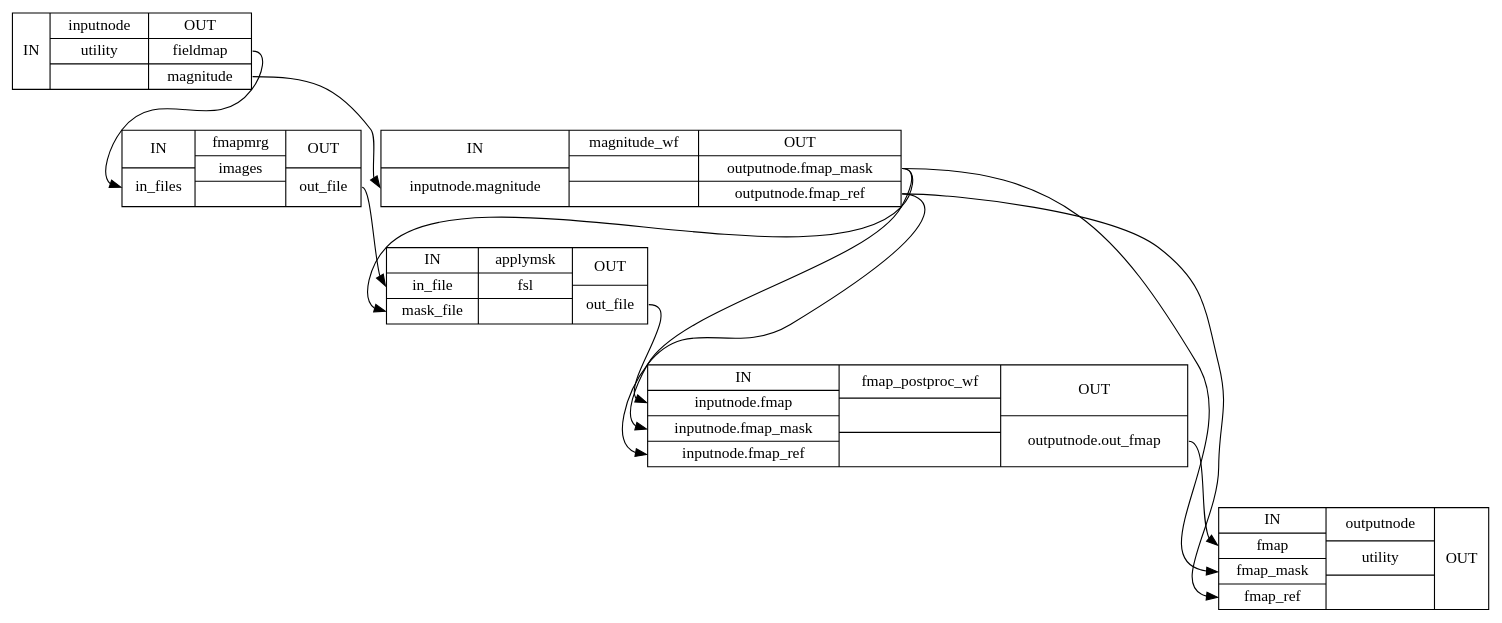
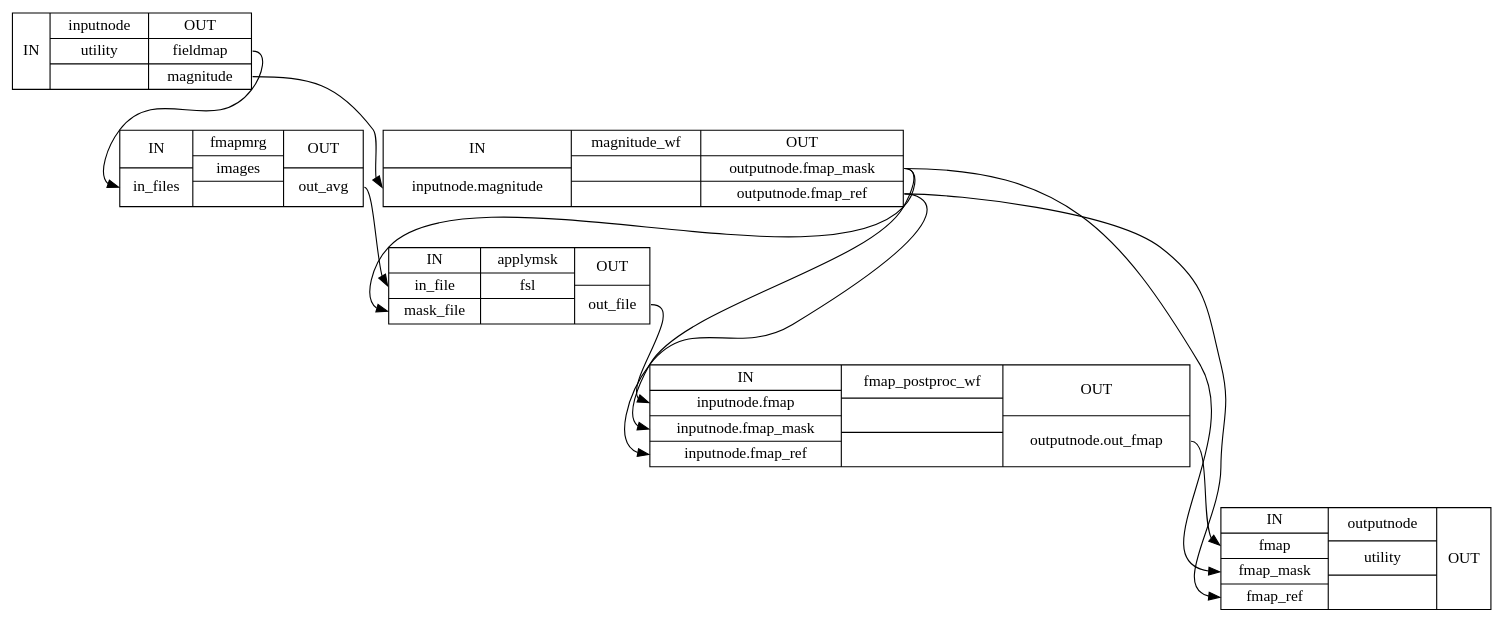
Before and after one commit to wayne009007/sdcflows: the diagram in master/wf_directive/api/fmap_wf/sdcflows-workflows-fmap-2_detailed.dot, drawn with Graphviz. The commit also changed 721 other files, not shown here.

```diff
--- a/master/wf_directive/api/fmap_wf/sdcflows-workflows-fmap-2_detailed.dot
+++ b/master/wf_directive/api/fmap_wf/sdcflows-workflows-fmap-2_detailed.dot
@@ -1,19 +1,19 @@
 digraph structs {
 node [shape=record];
 fmap_wfinputnode [label="{IN}|{ inputnode | utility |  }|{OUT|<outfieldmap> fieldmap|<outmagnitude> magnitude}"];
-fmap_wffmapmrg [label="{IN|<ininfiles> in_files}|{ fmapmrg | images |  }|{OUT|<outoutfile> out_file}"];
+fmap_wffmapmrg [label="{IN|<ininfiles> in_files}|{ fmapmrg | images |  }|{OUT|<outoutavg> out_avg}"];
 fmap_wfmagnitude_wf [label="{IN|<ininputnodemagnitude> inputnode.magnitude}|{ magnitude_wf |  |  }|{OUT|<outoutputnodefmapmask> outputnode.fmap_mask|<outoutputnodefmapref> outputnode.fmap_ref}"];
 fmap_wfapplymsk [label="{IN|<ininfile> in_file|<inmaskfile> mask_file}|{ applymsk | fsl |  }|{OUT|<outoutfile> out_file}"];
 fmap_wffmap_postproc_wf [label="{IN|<ininputnodefmap> inputnode.fmap|<ininputnodefmapmask> inputnode.fmap_mask|<ininputnodefmapref> inputnode.fmap_ref}|{ fmap_postproc_wf |  |  }|{OUT|<outoutputnodeoutfmap> outputnode.out_fmap}"];
 fmap_wfoutputnode [label="{IN|<infmap> fmap|<infmapmask> fmap_mask|<infmapref> fmap_ref}|{ outputnode | utility |  }|{OUT}"];
 fmap_wfapplymsk:outoutfile:e -> fmap_wffmap_postproc_wf:ininputnodefmap:w;
 fmap_wffmap_postproc_wf:outoutputnodeoutfmap:e -> fmap_wfoutputnode:infmap:w;
-fmap_wffmapmrg:outoutfile:e -> fmap_wfapplymsk:ininfile:w;
+fmap_wffmapmrg:outoutavg:e -> fmap_wfapplymsk:ininfile:w;
 fmap_wfinputnode:outfieldmap:e -> fmap_wffmapmrg:ininfiles:w;
 fmap_wfinputnode:outmagnitude:e -> fmap_wfmagnitude_wf:ininputnodemagnitude:w;
 fmap_wfmagnitude_wf:outoutputnodefmapmask:e -> fmap_wfapplymsk:inmaskfile:w;
 fmap_wfmagnitude_wf:outoutputnodefmapmask:e -> fmap_wffmap_postproc_wf:ininputnodefmapmask:w;
 fmap_wfmagnitude_wf:outoutputnodefmapmask:e -> fmap_wfoutputnode:infmapmask:w;
 fmap_wfmagnitude_wf:outoutputnodefmapref:e -> fmap_wffmap_postproc_wf:ininputnodefmapref:w;
 fmap_wfmagnitude_wf:outoutputnodefmapref:e -> fmap_wfoutputnode:infmapref:w;
 }
```
